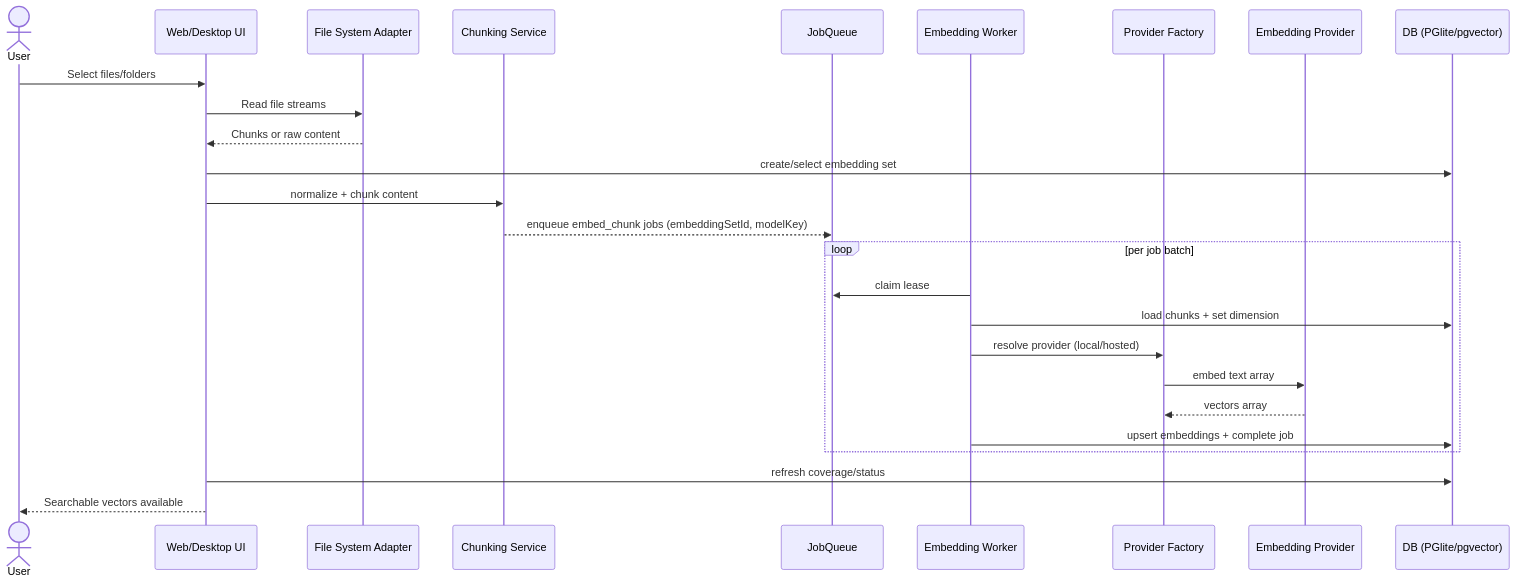
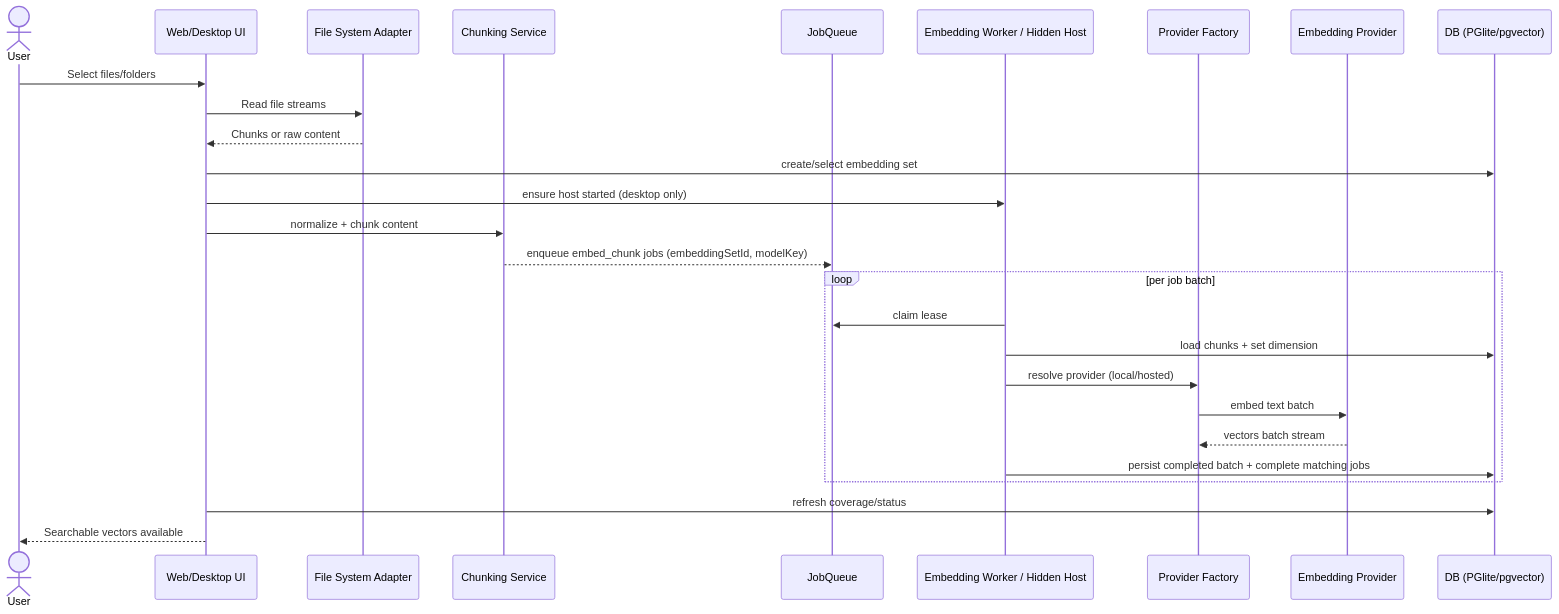
The second of 3 diagrams in apps/docs/docs/architecture/embedding-pipeline.md (seandearnaley/brainstrike), drawn with Mermaid before and after one commit. The commit also changed other lines of this file and 72 other files, not shown here.

Commit message:
Polish desktop startup and embedding host architecture

````diff
--- a/apps/docs/docs/architecture/embedding-pipeline.md
+++ b/apps/docs/docs/architecture/embedding-pipeline.md
@@ -33,29 +33,30 @@
 ```mermaid
 sequenceDiagram
   actor User
   participant UI as Web/Desktop UI
   participant FS as File System Adapter
   participant CH as Chunking Service
   participant Q as JobQueue
-  participant W as Embedding Worker
+  participant W as Embedding Worker / Hidden Host
   participant PF as Provider Factory
   participant EP as Embedding Provider
   participant DB as DB (PGlite/pgvector)
 
   User->>UI: Select files/folders
   UI->>FS: Read file streams
   FS-->>UI: Chunks or raw content
   UI->>DB: create/select embedding set
+  UI->>W: ensure host started (desktop only)
   UI->>CH: normalize + chunk content
   CH-->>Q: enqueue embed_chunk jobs (embeddingSetId, modelKey)
   loop per job batch
     W->>Q: claim lease
     W->>DB: load chunks + set dimension
     W->>PF: resolve provider (local/hosted)
-    PF->>EP: embed text array
-    EP-->>PF: vectors array
-    W->>DB: upsert embeddings + complete job
+    PF->>EP: embed text batch
+    EP-->>PF: vectors batch stream
+    W->>DB: persist completed batch + complete matching jobs
   end
   UI->>DB: refresh coverage/status
   UI-->>User: Searchable vectors available
 ```
````
